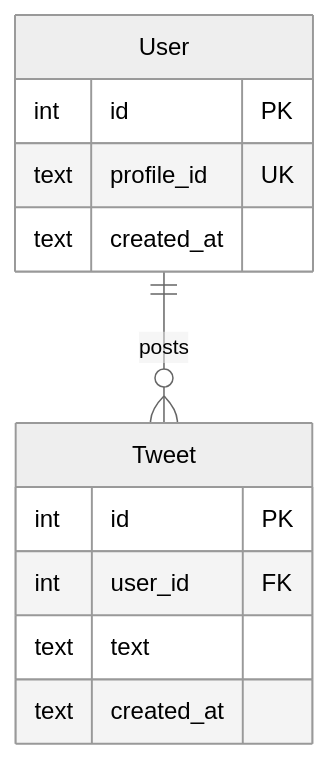
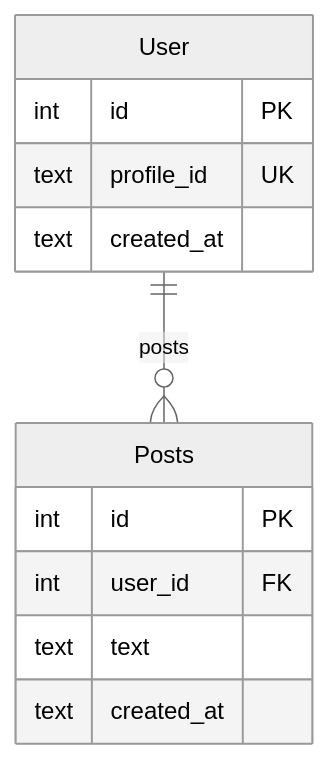
The diagram in docs/er-diragram.md (nakajima97/2025-simple-sns), drawn with Mermaid (neutral theme) before and after one commit. The commit also changed 2 other files, not shown here.

Commit message:
#5 tweetではなくpostsを採用

````diff
--- a/docs/er-diragram.md
+++ b/docs/er-diragram.md
@@ -1,18 +1,18 @@
 ```mermaid
 erDiagram
     User {
         int id PK
         text profile_id UK
         text created_at
     }
 
-    Tweet {
+    Posts {
         int id PK
         int user_id FK
         text text
         text created_at
     }
 
-    User ||--o{ Tweet : "posts"
+    User ||--o{ Posts : "posts"
 
 ```
````
